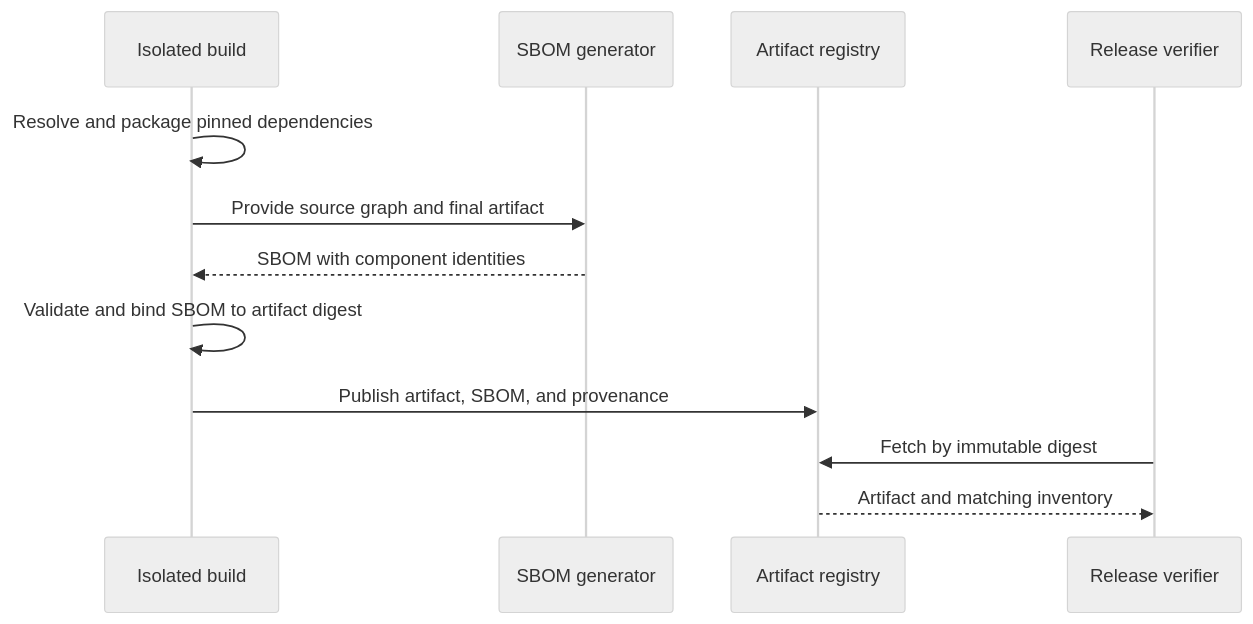
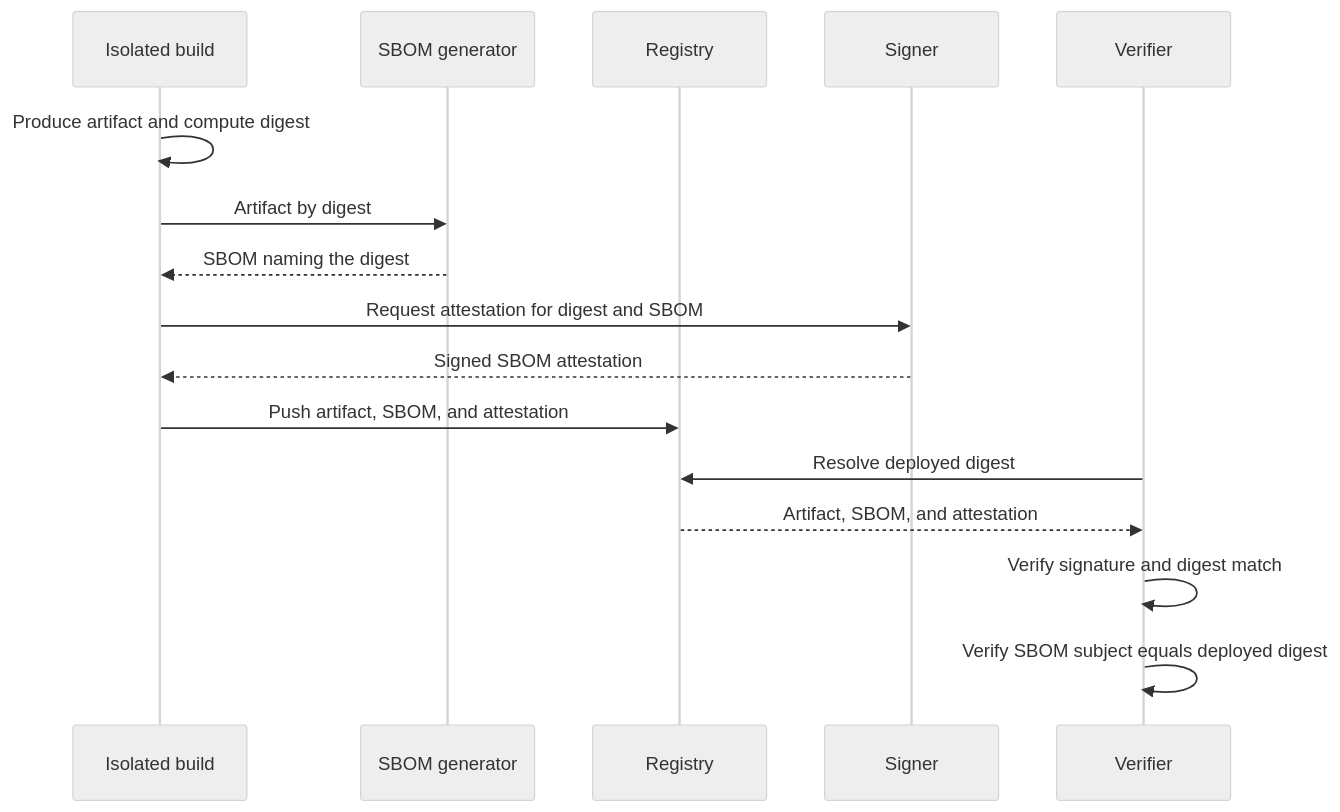
The fifth of 12 diagrams in 15_Security/CH16_SBOM.md (joydasss/Architect), drawn with Mermaid (neutral theme) before and after one commit. The commit also changed other lines of this file and 295 other files, not shown here.

````diff
--- a/15_Security/CH16_SBOM.md
+++ b/15_Security/CH16_SBOM.md
@@ -28,14 +388,18 @@
 ```mermaid
 sequenceDiagram
-    participant Build as Isolated build
-    participant Generator as SBOM generator
-    participant Registry as Artifact registry
-    participant Consumer as Release verifier
-    Build->>Build: Resolve and package pinned dependencies
-    Build->>Generator: Provide source graph and final artifact
-    Generator-->>Build: SBOM with component identities
-    Build->>Build: Validate and bind SBOM to artifact digest
-    Build->>Registry: Publish artifact, SBOM, and provenance
-    Consumer->>Registry: Fetch by immutable digest
-    Registry-->>Consumer: Artifact and matching inventory
+    participant B as Isolated build
+    participant G as SBOM generator
+    participant R as Registry
+    participant S as Signer
+    participant V as Verifier
+    B->>B: Produce artifact and compute digest
+    B->>G: Artifact by digest
+    G-->>B: SBOM naming the digest
+    B->>S: Request attestation for digest and SBOM
+    S-->>B: Signed SBOM attestation
+    B->>R: Push artifact, SBOM, and attestation
+    V->>R: Resolve deployed digest
+    R-->>V: Artifact, SBOM, and attestation
+    V->>V: Verify signature and digest match
+    V->>V: Verify SBOM subject equals deployed digest
 ```
````
